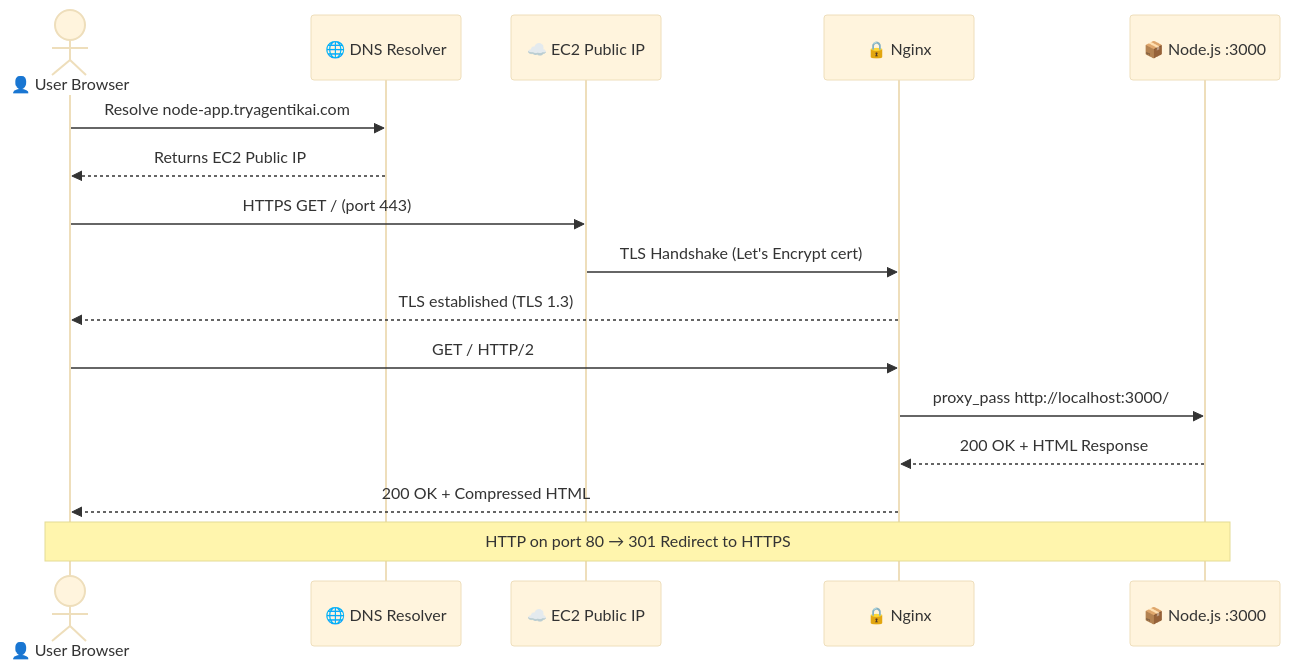
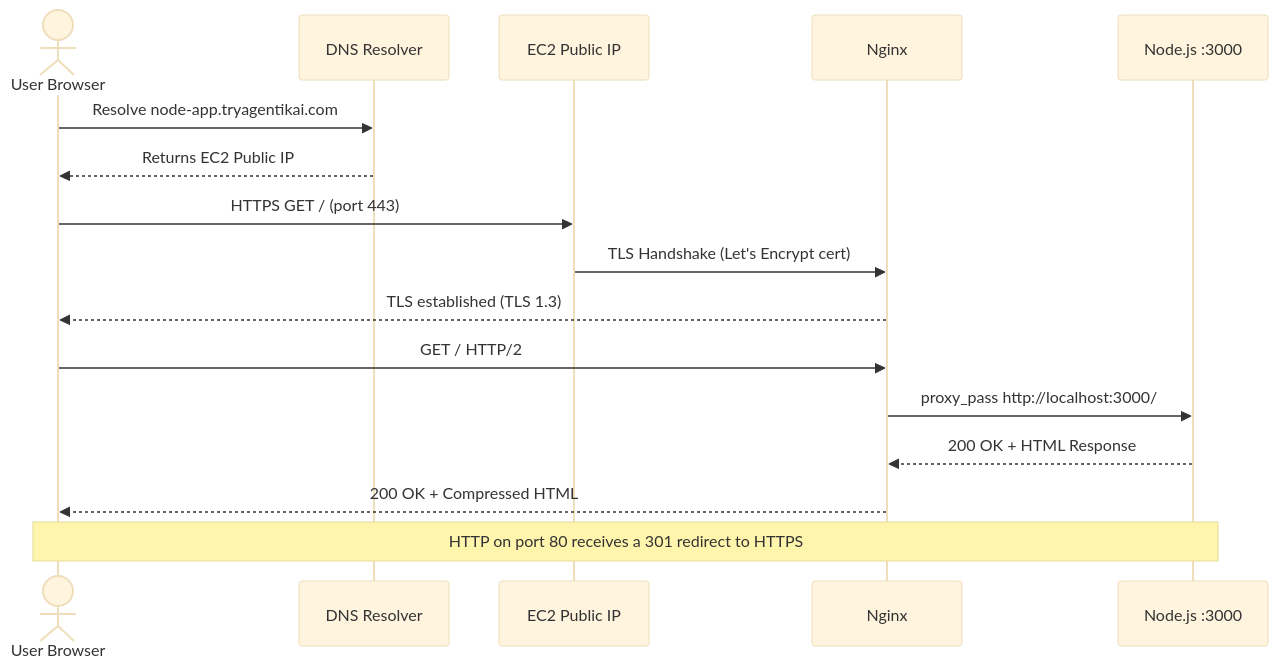
Before and after one commit to Harshit-Evalutation/node-web-app: the second of 5 diagrams in docs/architecture.md, drawn with Mermaid (base theme). The commit also changed other lines of this file and 6 other files, not shown here.

````diff
--- a/docs/architecture.md
+++ b/docs/architecture.md
@@ -51,22 +54,22 @@
 ```mermaid
 sequenceDiagram
-    actor User as 👤 User Browser
-    participant DNS as 🌐 DNS Resolver
-    participant EC2 as ☁️ EC2 Public IP
-    participant Nginx as 🔒 Nginx
-    participant Node as 📦 Node.js :3000
+    actor User as User Browser
+    participant DNS as DNS Resolver
+    participant EC2 as EC2 Public IP
+    participant Nginx as Nginx
+    participant Node as Node.js :3000
 
     User->>DNS: Resolve node-app.tryagentikai.com
     DNS-->>User: Returns EC2 Public IP
 
     User->>EC2: HTTPS GET / (port 443)
     EC2->>Nginx: TLS Handshake (Let's Encrypt cert)
     Nginx-->>User: TLS established (TLS 1.3)
 
     User->>Nginx: GET / HTTP/2
     Nginx->>Node: proxy_pass http://localhost:3000/
     Node-->>Nginx: 200 OK + HTML Response
     Nginx-->>User: 200 OK + Compressed HTML
 
-    Note over User,Node: HTTP on port 80 → 301 Redirect to HTTPS
+    Note over User,Node: HTTP on port 80 receives a 301 redirect to HTTPS
 ```
````
